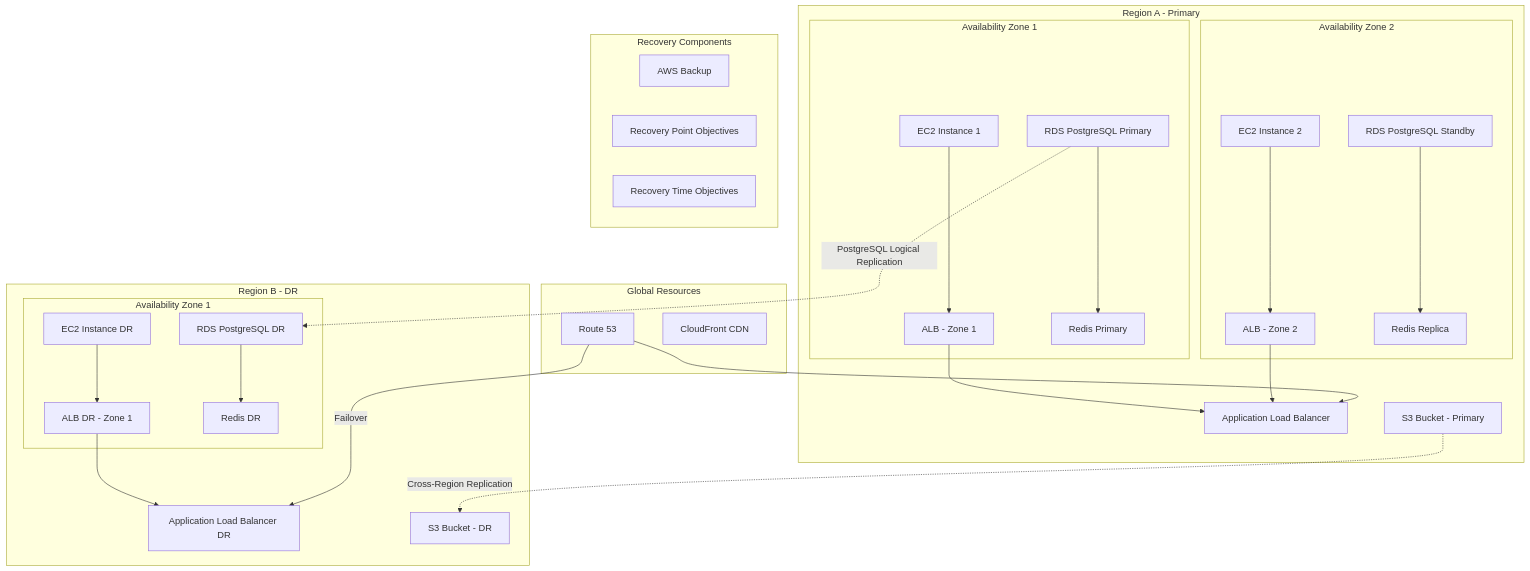
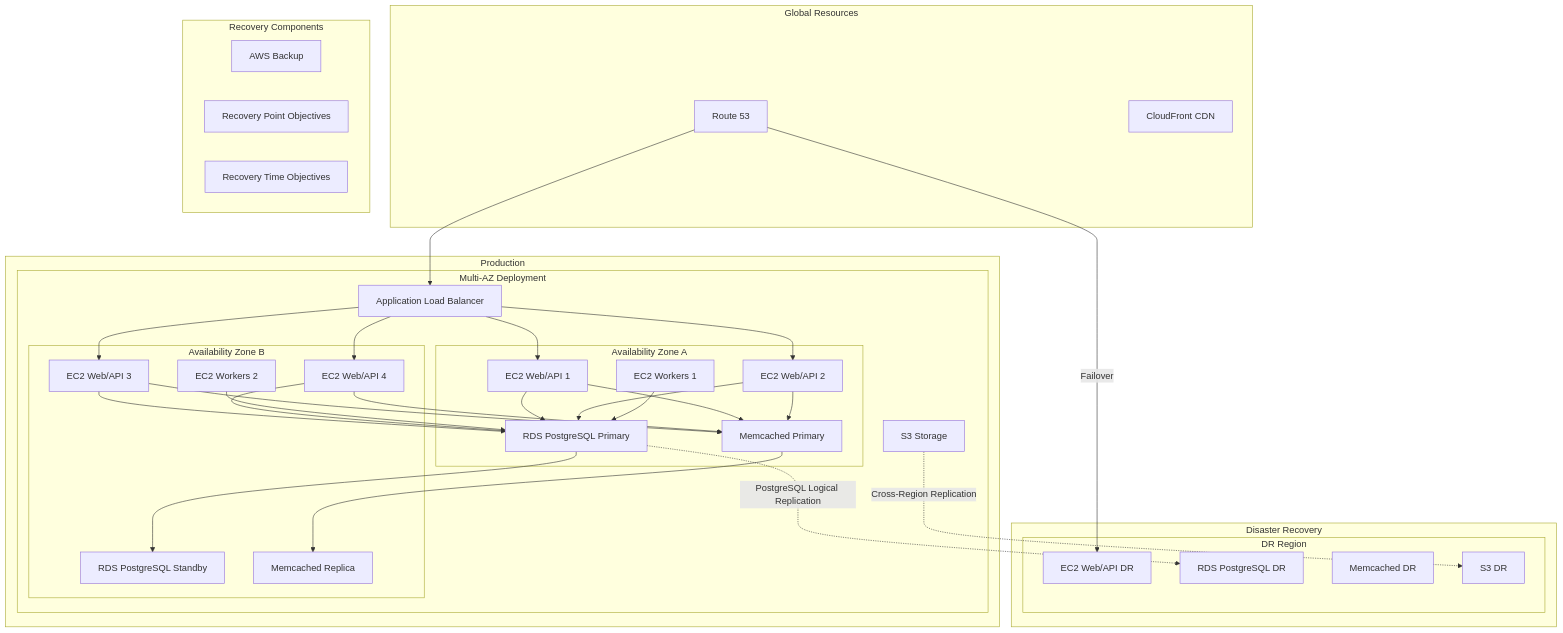
Before and after one commit to yy30537/NBA-Fantasy-Analytics-Platform: the second of 2 diagrams in docs/5-operations.md, drawn with Mermaid. The commit also changed other lines of this file and 11 other files, not shown here.

````diff
--- a/docs/5-operations.md
+++ b/docs/5-operations.md
@@ -86,43 +83,70 @@
 ```mermaid
 flowchart TD
-    subgraph "Region A - Primary"
-        subgraph "Availability Zone 1"
-            A1[EC2 Instance 1] --> B1[ALB - Zone 1]
-            C1[RDS PostgreSQL Primary] --> D1[Redis Primary]
+    subgraph "Production"
+        subgraph "Multi-AZ Deployment"
+            subgraph "Availability Zone A"
+                A1[EC2 Web/API 1] 
+                A2[EC2 Web/API 2]
+                B1[EC2 Workers 1]
+                C1[RDS PostgreSQL Primary]
+                D1[Memcached Primary]
+            end
+            
+            subgraph "Availability Zone B"
+                E1[EC2 Web/API 3]
+                E2[EC2 Web/API 4]
+                F1[EC2 Workers 2]
+                C2[RDS PostgreSQL Standby]
+                D2[Memcached Replica]
+            end
+            
+            G[S3 Storage]
+            ALB[Application Load Balancer]
+            
+            ALB --> A1
+            ALB --> A2
+            ALB --> E1
+            ALB --> E2
+            
+            A1 --> C1
+            A2 --> C1
+            E1 --> C1
+            E2 --> C1
+            
+            A1 --> D1
+            A2 --> D1
+            E1 --> D1
+            E2 --> D1
+            
+            B1 --> C1
+            F1 --> C1
+            
+            C1 --> C2
+            D1 --> D2
         end
-        
-        subgraph "Availability Zone 2"
-            A2[EC2 Instance 2] --> B2[ALB - Zone 2]
-            C2[RDS PostgreSQL Standby] --> D2[Redis Replica]
-        end
-        
-        B1 --> E1[Application Load Balancer]
-        B2 --> E1
-        F1[S3 Bucket - Primary]
     end
     
-    subgraph "Region B - DR"
-        subgraph "Availability Zone 1"
-            G1[EC2 Instance DR] --> H1[ALB DR - Zone 1]
-            I1[RDS PostgreSQL DR] --> J1[Redis DR]
+    subgraph "Disaster Recovery"
+        subgraph "DR Region"
+            H1[EC2 Web/API DR]
+            I1[RDS PostgreSQL DR]
+            J1[Memcached DR]
+            K1[S3 DR]
         end
-        
-        H1 --> K1[Application Load Balancer DR]
-        L1[S3 Bucket - DR]
     end
     
-    F1 -.->|Cross-Region Replication| L1
+    G -.->|Cross-Region Replication| K1
     C1 -.->|PostgreSQL Logical Replication| I1
     
     subgraph "Global Resources"
-        M[Route 53] --> E1
-        M -->|Failover| K1
+        M[Route 53] --> ALB
+        M -->|Failover| H1
         N[CloudFront CDN]
     end
     
     subgraph "Recovery Components"
         O[AWS Backup]
         P[Recovery Point Objectives]
         Q[Recovery Time Objectives]
     end
 ```
````
